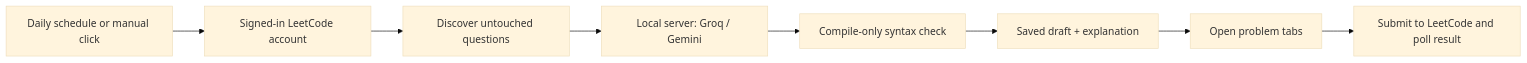
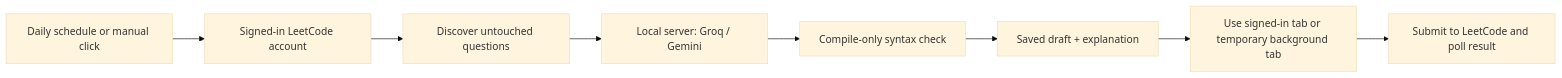
Before and after one commit to kvianAR/Code_Solver-ai-agent: the diagram in README.md, drawn with Mermaid (base theme). The commit also changed other lines of this file, not shown here.

Commit message:
Document Practice Ex. tab lifecycle

````diff
--- a/README.md
+++ b/README.md
@@ -34,10 +34,10 @@
 ```mermaid
 flowchart LR
     A[Daily schedule or manual click] --> B[Signed-in LeetCode account]
     B --> C[Discover untouched questions]
     C --> D[Local server: Groq / Gemini]
     D --> E[Compile-only syntax check]
     E --> F[Saved draft + explanation]
-    F --> G[Open problem tabs]
+    F --> G[Use signed-in tab or temporary background tab]
     G --> H[Submit to LeetCode and poll result]
 ```
````
